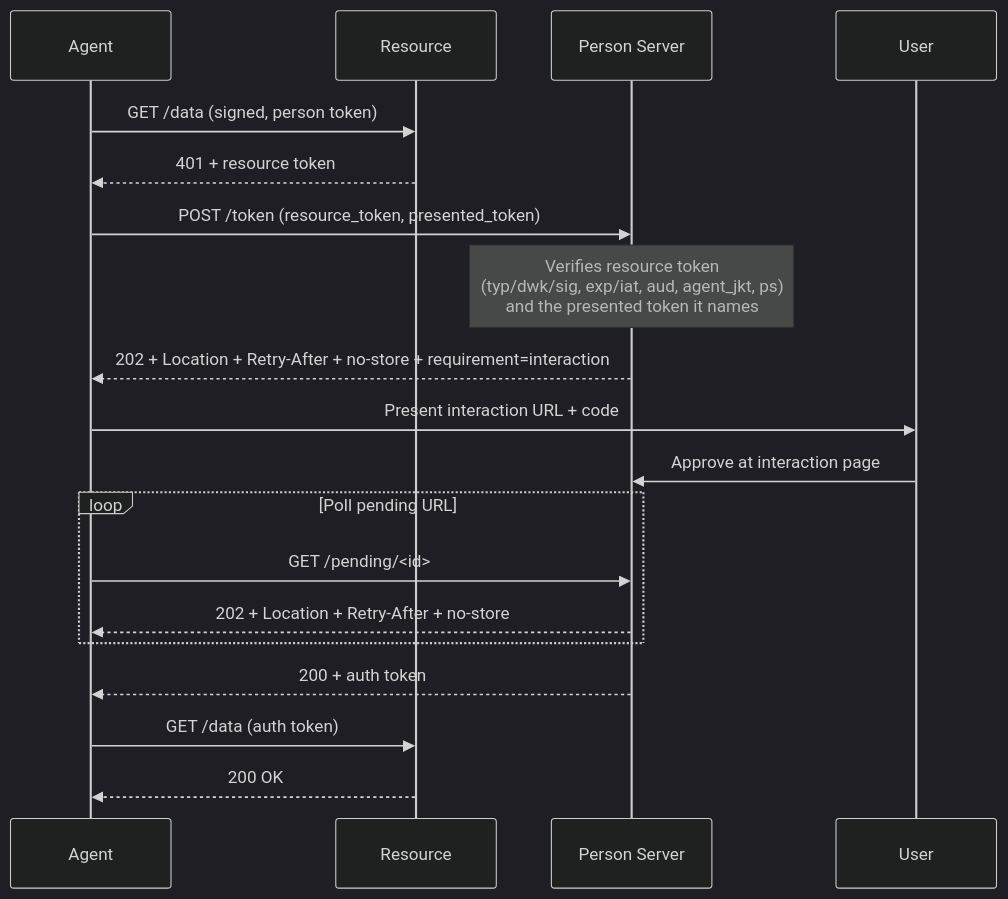
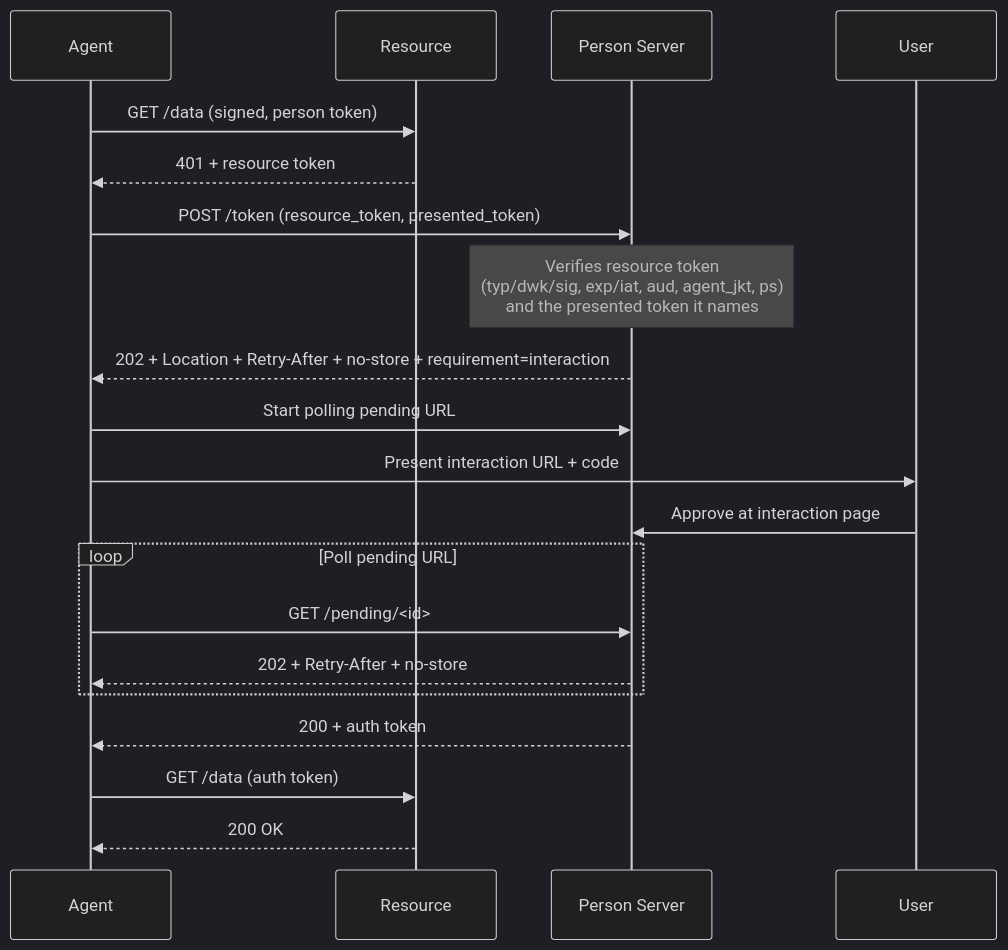
Before and after one commit to aauth-dev/dotnet-samples: the diagram in docs/workflows/deferred-consent.md, drawn with Mermaid (dark theme). The commit also changed other lines of this file and 73 other files, not shown here.

````diff
--- a/docs/workflows/deferred-consent.md
+++ b/docs/workflows/deferred-consent.md
@@ -7,21 +7,22 @@
 ```mermaid
 sequenceDiagram
     participant Agent
     participant Resource
     participant PS as Person Server
     participant User
     Agent->>Resource: GET /data (signed, person token)
     Resource-->>Agent: 401 + resource token
     Agent->>PS: POST /token (resource_token, presented_token)
     Note over PS: Verifies resource token<br/>(typ/dwk/sig, exp/iat, aud, agent_jkt, ps)<br/>and the presented token it names
     PS-->>Agent: 202 + Location + Retry-After + no-store + requirement=interaction
+    Agent->>PS: Start polling pending URL
     Agent->>User: Present interaction URL + code
     User->>PS: Approve at interaction page
     loop Poll pending URL
         Agent->>PS: GET /pending/<id>
-        PS-->>Agent: 202 + Location + Retry-After + no-store
+        PS-->>Agent: 202 + Retry-After + no-store
     end
     PS-->>Agent: 200 + auth token
     Agent->>Resource: GET /data (auth token)
     Resource-->>Agent: 200 OK
 ```
````
